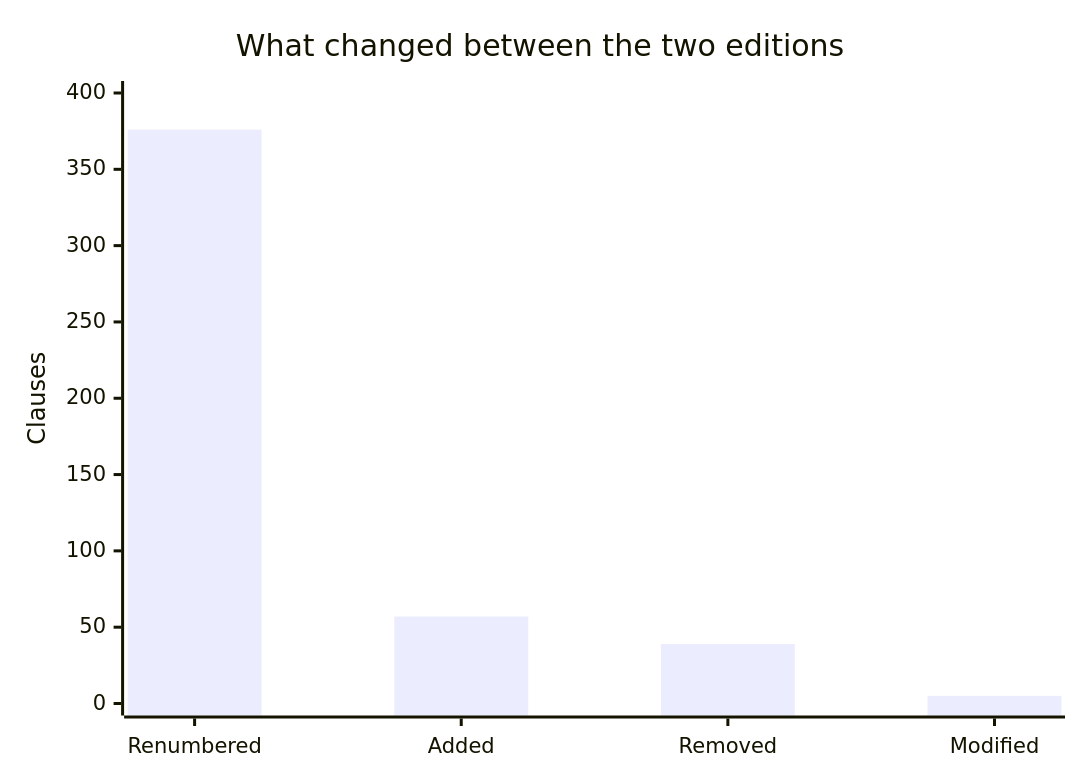
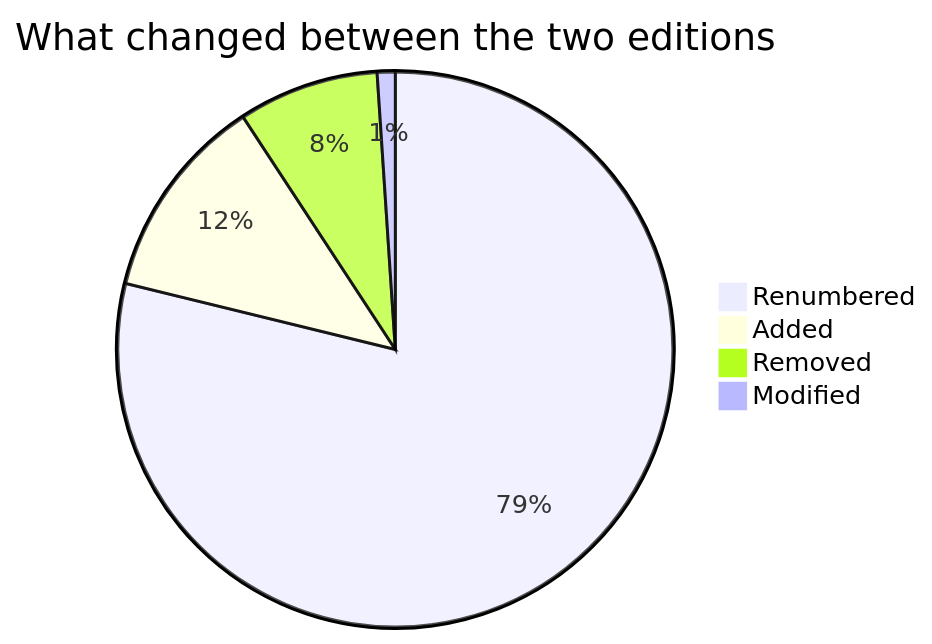
Diagram 11 of 14 in README.md (yerramsettysuchita/sanhita), drawn with Mermaid before and after one commit. The commit also changed other lines of this file, not shown here.

````diff
--- a/README.md
+++ b/README.md
@@ -701,7 +701,8 @@
 ```mermaid
-xychart-beta
-    title "What changed between the two editions"
-    x-axis ["Renumbered", "Added", "Removed", "Modified"]
-    y-axis "Clauses" 0 --> 400
-    bar [376, 57, 39, 5]
+pie
+    title What changed between the two editions
+    "Renumbered" : 376
+    "Added" : 57
+    "Removed" : 39
+    "Modified" : 5
 ```
````
